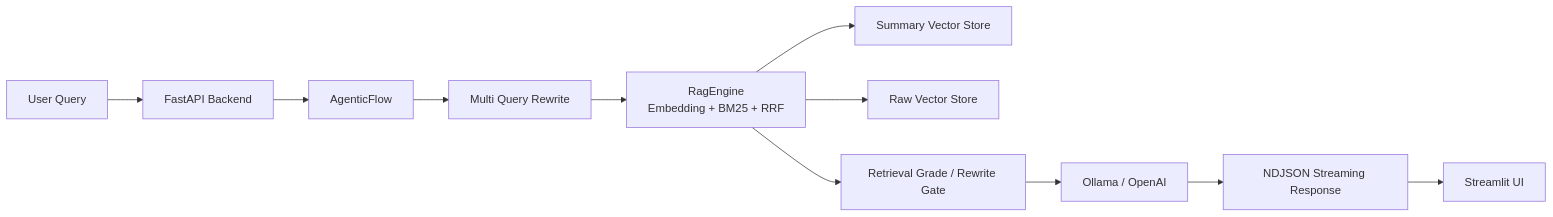
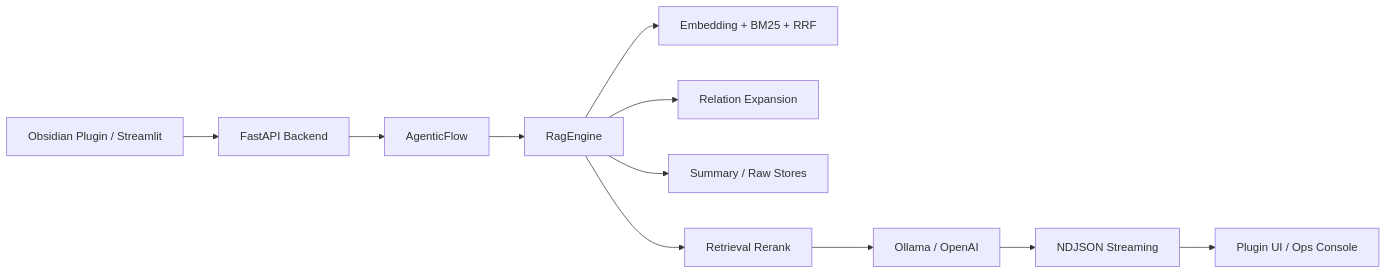
Before and after one commit to Sichanvisit/Sichanvisit.github.io: the diagram in _portfolio/obsidian-rag.md, drawn with Mermaid. The commit also changed other lines of this file, not shown here.

Commit message:
docs: refresh Obsidian RAG portfolio entry

````diff
--- a/_portfolio/obsidian-rag.md
+++ b/_portfolio/obsidian-rag.md
@@ -31,13 +33,13 @@
 ```mermaid
 flowchart LR
-    User["User Query"] --> API["FastAPI Backend"]
+    User["Obsidian Plugin / Streamlit"] --> API["FastAPI Backend"]
     API --> Flow["AgenticFlow"]
-    Flow --> MQ["Multi Query Rewrite"]
-    MQ --> Search["RagEngine<br/>Embedding + BM25 + RRF"]
-    Search --> Summary["Summary Vector Store"]
-    Search --> Raw["Raw Vector Store"]
-    Search --> Grade["Retrieval Grade / Rewrite Gate"]
-    Grade --> LLM["Ollama / OpenAI"]
-    LLM --> Stream["NDJSON Streaming Response"]
-    Stream --> UI["Streamlit UI"]
+    Flow --> Search["RagEngine"]
+    Search --> Hybrid["Embedding + BM25 + RRF"]
+    Search --> Relation["Relation Expansion"]
+    Search --> Stores["Summary / Raw Stores"]
+    Search --> Rerank["Retrieval Rerank"]
+    Rerank --> LLM["Ollama / OpenAI"]
+    LLM --> Stream["NDJSON Streaming"]
+    Stream --> Client["Plugin UI / Ops Console"]
 ```
````
